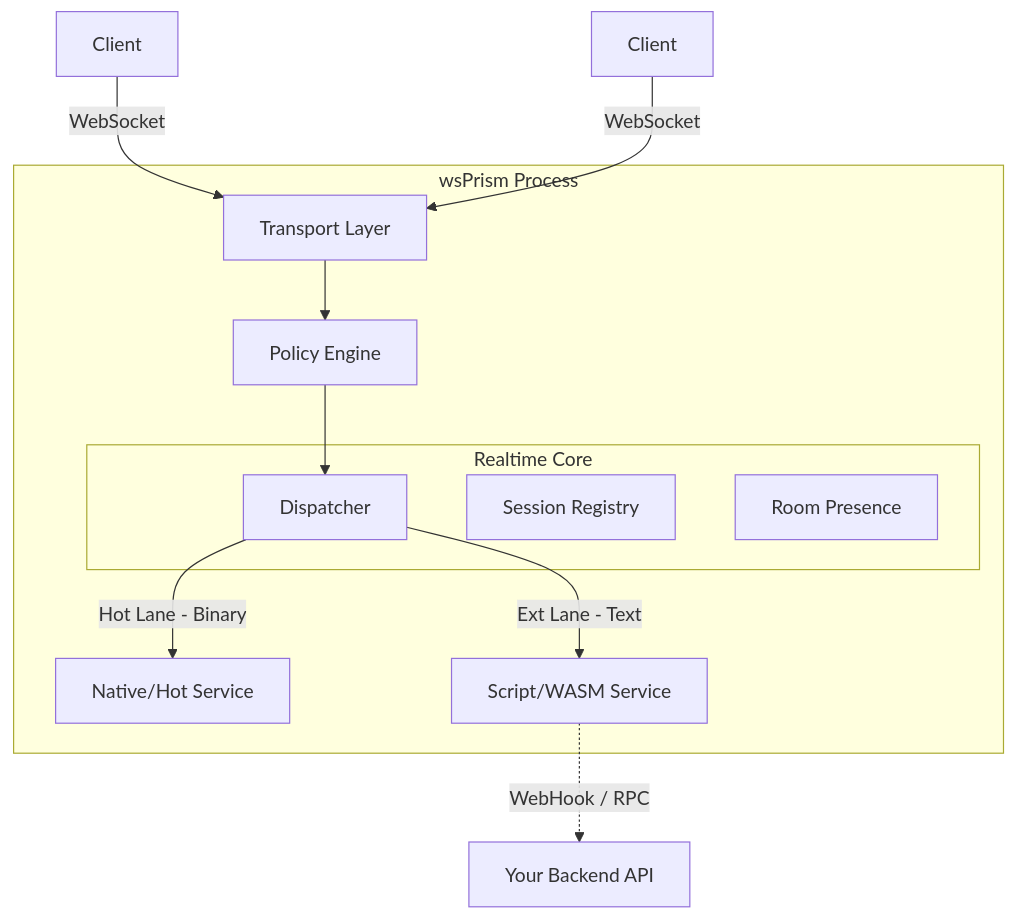
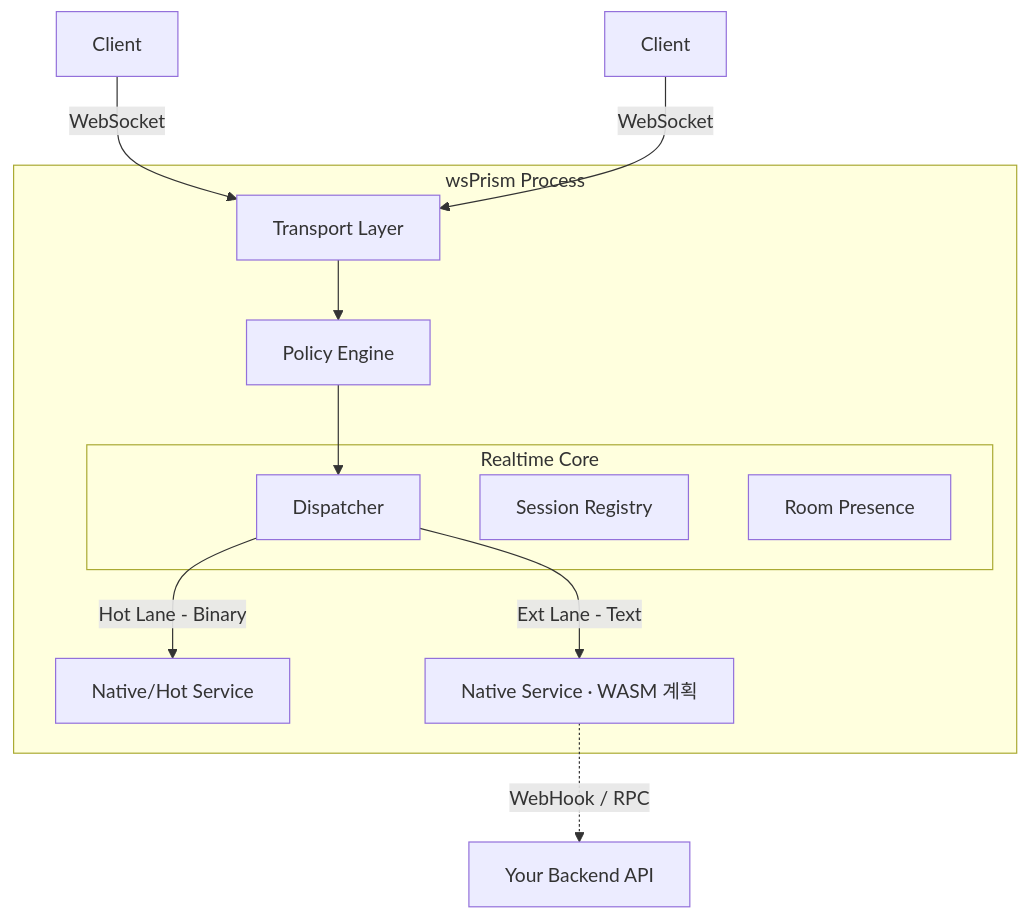
One commit to AsyncNomad/wsPrism changed the diagram in Readme.md. Above: the diagram before and after it, drawn with Mermaid. The commit also changed other lines of this file and 12 other files, not shown here.

````diff
--- a/Readme.md
+++ b/Readme.md
@@ -166,24 +165,24 @@
 ```mermaid
 graph TD
     Client_A[Client] -->|WebSocket| Transport
     Client_B[Client] -->|WebSocket| Transport
 
     subgraph Process [wsPrism Process]
         Transport[Transport Layer]
         Policy[Policy Engine]
 
         subgraph Core [Realtime Core]
             Router[Dispatcher]
             Registry[Session Registry]
             Presence[Room Presence]
         end
 
         Transport --> Policy --> Router
 
         Router -->|Hot Lane - Binary| Service_Echo[Native/Hot Service]
-        Router -->|Ext Lane - Text| Service_Chat[Script/WASM Service]
+        Router -->|Ext Lane - Text| Service_Chat[Native Service · WASM 계획]
     end
 
     Service_Chat -.->|WebHook / RPC| Backend[Your Backend API]
 
 ```
````
